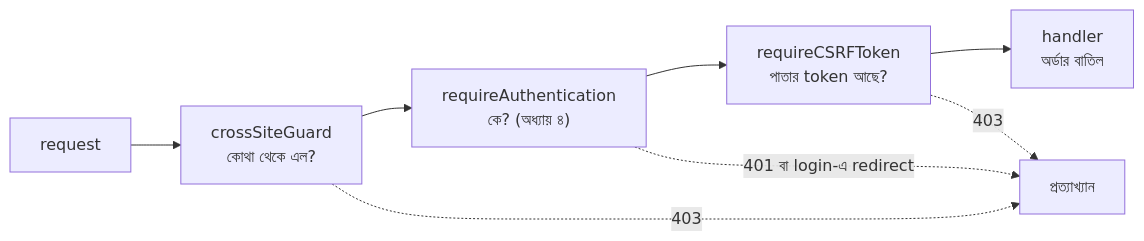
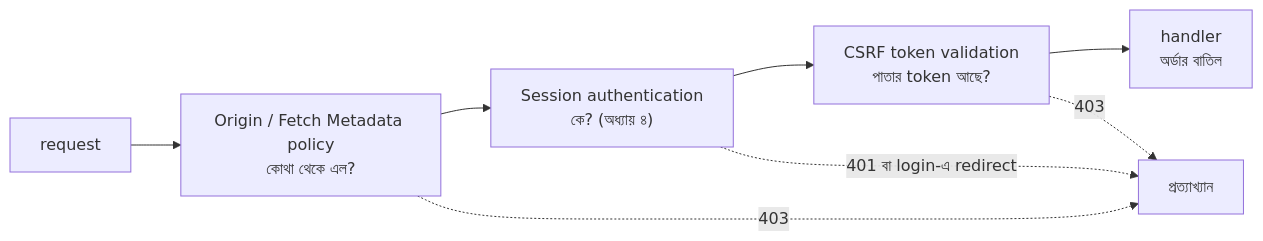
One commit to shomi-khan/auth-security-journey changed the fifth of 6 diagrams in series/season-1-browser-session-token/06-csrf/README.md. Above: the diagram before and after it, drawn with Mermaid. The commit also changed other lines of this file, not shown here.

````diff
--- a/series/season-1-browser-session-token/06-csrf/README.md
+++ b/series/season-1-browser-session-token/06-csrf/README.md
@@ -293,10 +287,10 @@
 ```mermaid
 flowchart LR
-    Req["request"] --> G["crossSiteGuard<br/>কোথা থেকে এল?"]
-    G --> A["requireAuthentication<br/>কে? (অধ্যায় ৪)"]
-    A --> T["requireCSRFToken<br/>পাতার token আছে?"]
+    Req["request"] --> G["Origin / Fetch Metadata policy<br/>কোথা থেকে এল?"]
+    G --> A["Session authentication<br/>কে? (অধ্যায় ৪)"]
+    A --> T["CSRF token validation<br/>পাতার token আছে?"]
     T --> H["handler<br/>অর্ডার বাতিল"]
     G -. "403" .-> X["প্রত্যাখ্যান"]
     A -. "401 বা login-এ redirect" .-> X
     T -. "403" .-> X
 ```
````
